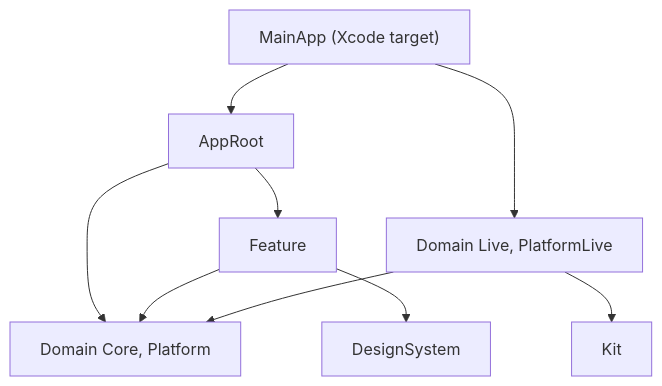
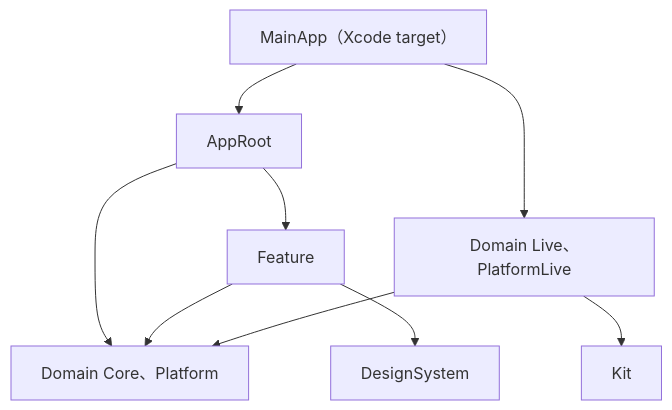
Before and after one commit to chengzi-io/macos-swiftui-spm-template: the second of 3 diagrams in docs/zh/ARCHITECTURE.md, drawn with Mermaid. The commit also changed other lines of this file and 9 other files, not shown here.

````diff
--- a/docs/zh/ARCHITECTURE.md
+++ b/docs/zh/ARCHITECTURE.md
@@ -37,11 +37,11 @@
 ```mermaid
 flowchart TB
-    MainApp["MainApp (Xcode target)"] --> AppRoot
-    MainApp --> Live["Domain Live, PlatformLive"]
+    MainApp["MainApp（Xcode target）"] --> AppRoot
+    MainApp --> Live["Domain Live、PlatformLive"]
     AppRoot --> Feature
-    AppRoot --> Core["Domain Core, Platform"]
+    AppRoot --> Core["Domain Core、Platform"]
     Feature --> Core
     Feature --> DS["DesignSystem"]
     Live --> Core
     Live --> Kit
 ```
````
